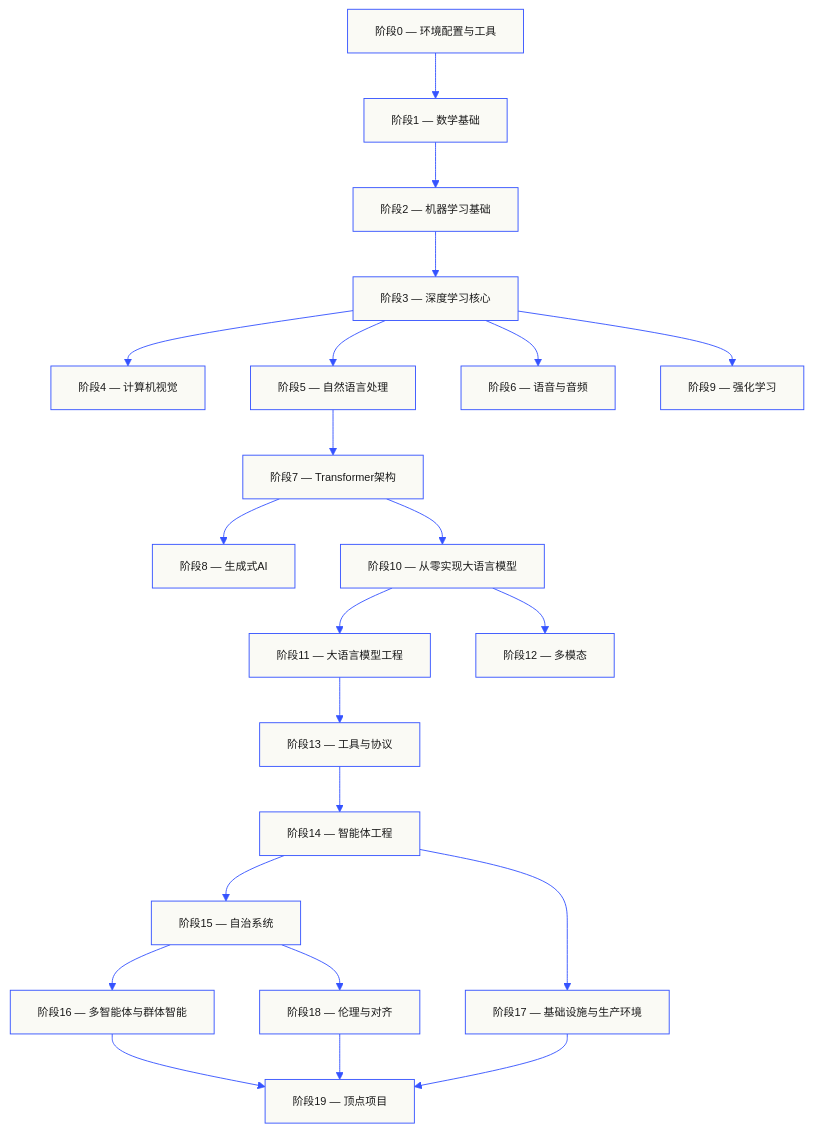
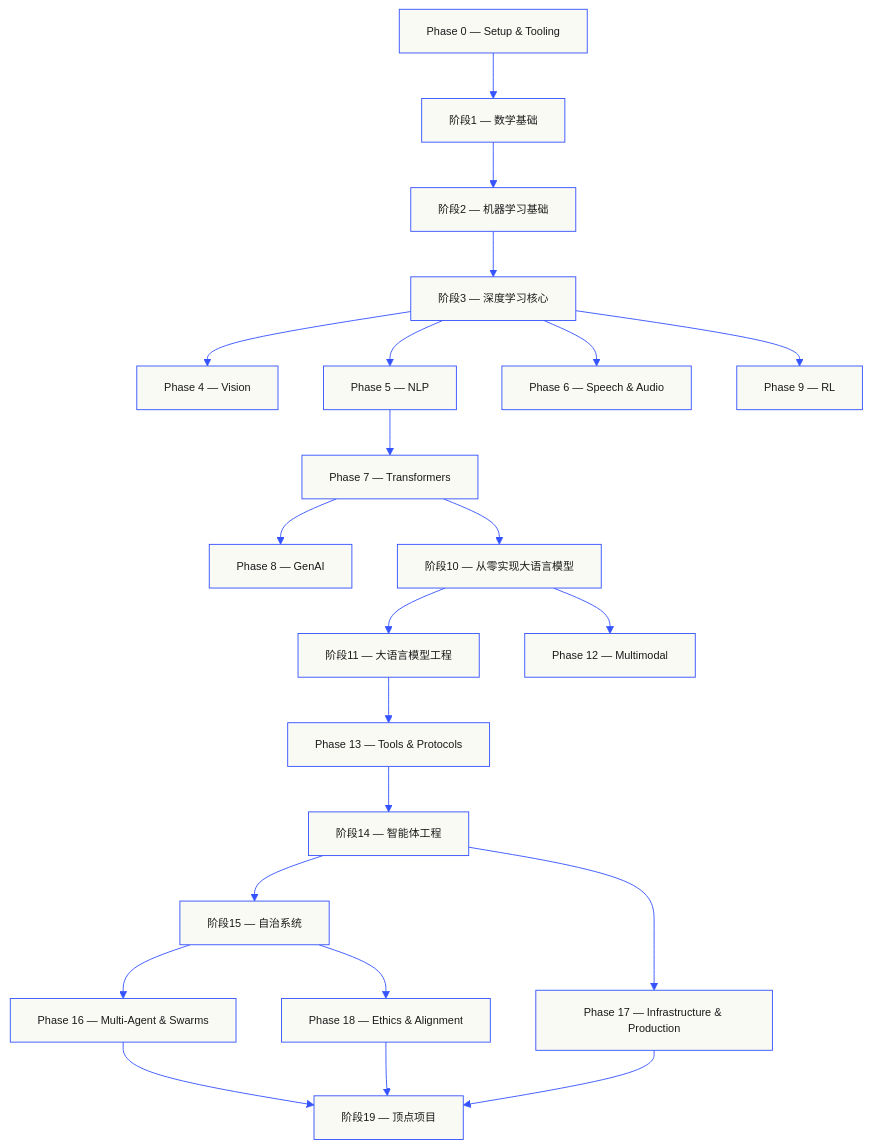
One commit to arwei944/ai-engineering-from-scratch changed the first of 2 diagrams in README_CN.md. Above: the diagram before and after it, drawn with Mermaid. The commit also changed other lines of this file and 1 other file, not shown here.

````diff
--- a/README_CN.md
+++ b/README_CN.md
@@ -49,25 +57,25 @@
 ```mermaid
 %%{init: {'theme':'base','themeVariables':{'primaryColor':'#fafaf5','primaryTextColor':'#1a1a1a','primaryBorderColor':'#3553ff','lineColor':'#3553ff','fontFamily':'JetBrains Mono','fontSize':'12px'}}}%%
 flowchart TB
-  P0["阶段0 — 环境配置与工具"] --> P1["阶段1 — 数学基础"]
+  P0["Phase 0 — Setup &amp; Tooling"] --> P1["阶段1 — 数学基础"]
   P1 --> P2["阶段2 — 机器学习基础"]
   P2 --> P3["阶段3 — 深度学习核心"]
-  P3 --> P4["阶段4 — 计算机视觉"]
-  P3 --> P5["阶段5 — 自然语言处理"]
-  P3 --> P6["阶段6 — 语音与音频"]
-  P3 --> P9["阶段9 — 强化学习"]
-  P5 --> P7["阶段7 — Transformer架构"]
-  P7 --> P8["阶段8 — 生成式AI"]
+  P3 --> P4["Phase 4 — Vision"]
+  P3 --> P5["Phase 5 — NLP"]
+  P3 --> P6["Phase 6 — Speech &amp; Audio"]
+  P3 --> P9["Phase 9 — RL"]
+  P5 --> P7["Phase 7 — Transformers"]
+  P7 --> P8["Phase 8 — GenAI"]
   P7 --> P10["阶段10 — 从零实现大语言模型"]
   P10 --> P11["阶段11 — 大语言模型工程"]
-  P10 --> P12["阶段12 — 多模态"]
-  P11 --> P13["阶段13 — 工具与协议"]
+  P10 --> P12["Phase 12 — Multimodal"]
+  P11 --> P13["Phase 13 — Tools &amp; Protocols"]
   P13 --> P14["阶段14 — 智能体工程"]
   P14 --> P15["阶段15 — 自治系统"]
-  P15 --> P16["阶段16 — 多智能体与群体智能"]
-  P14 --> P17["阶段17 — 基础设施与生产环境"]
-  P15 --> P18["阶段18 — 伦理与对齐"]
+  P15 --> P16["Phase 16 — Multi-Agent &amp; Swarms"]
+  P14 --> P17["Phase 17 — Infrastructure &amp; Production"]
+  P15 --> P18["Phase 18 — Ethics &amp; Alignment"]
   P16 --> P19["阶段19 — 顶点项目"]
   P17 --> P19
   P18 --> P19
 ```
````
